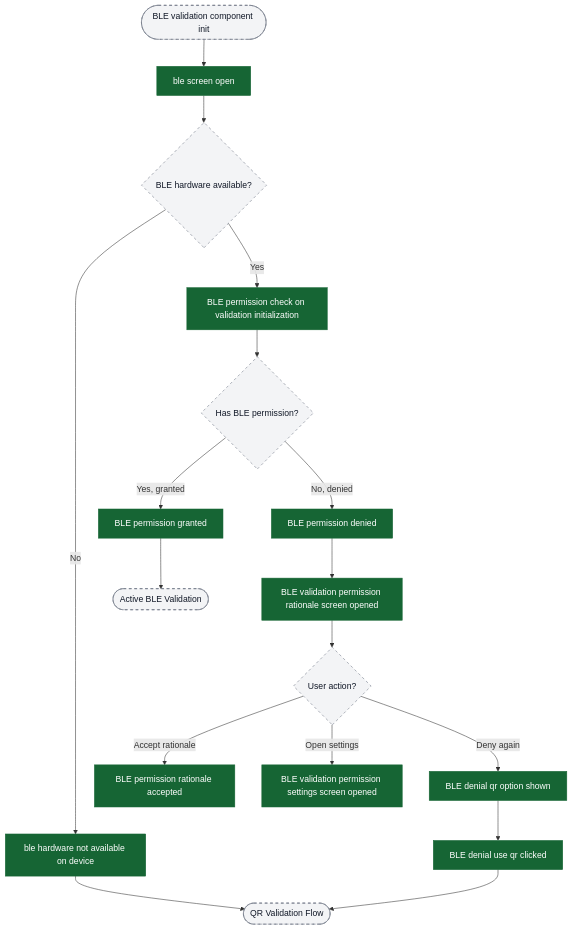
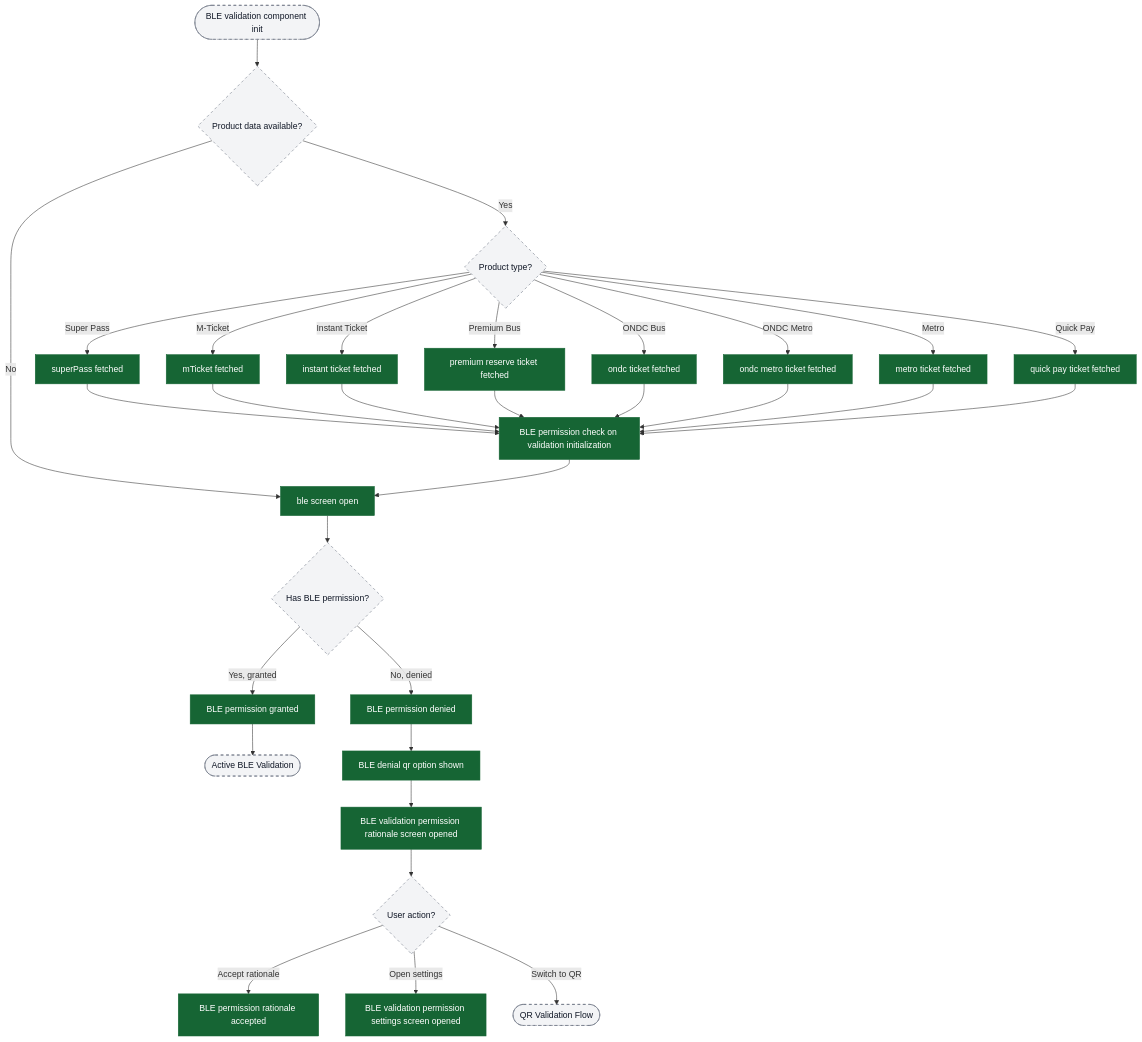
One commit to ratulsarna/chalo-app-dashboard changed the third of 10 diagrams in content/analytics/validation/flow-diagrams.md. Above: the diagram before and after it, drawn with Mermaid. The commit also changed other lines of this file and 1 other file, not shown here.

Commit message:
feat(analytics): remove unused QR screen open event and update flow diagrams for validation processes

````diff
--- a/content/analytics/validation/flow-diagrams.md
+++ b/content/analytics/validation/flow-diagrams.md
@@ -56,31 +65,48 @@
 ```mermaid
 flowchart TD
-  ui_bleInit([BLE validation component init]) --> ev_bleOpen["ble screen open"]
-  ev_bleOpen --> ui_hwCheck{BLE hardware available?}
-  ui_hwCheck -->|No| ev_hwNotAvailable["ble hardware not available on device"]
-  ev_hwNotAvailable --> ui_qrFallback([QR Validation Flow])
-  ui_hwCheck -->|Yes| ev_permCheck["BLE permission check on validation initialization"]
+  %% Note: In code today, product fetch + permission check events are raised before `ble screen open`.
+  %%chalo:diagram-link ui_qrFallback -> title:QR Validation Flow
+  ui_bleInit([BLE validation component init]) --> ui_productData{Product data available?}
 
-  ev_permCheck --> ui_hasPermission{Has BLE permission?}
+  ui_productData -->|Yes| ui_productType{Product type?}
+  ui_productType -->|Super Pass| ev_spFetched["superPass fetched"]
+  ui_productType -->|M-Ticket| ev_mtFetched["mTicket fetched"]
+  ui_productType -->|Instant Ticket| ev_itFetched["instant ticket fetched"]
+  ui_productType -->|Premium Bus| ev_pbFetched["premium reserve ticket fetched"]
+  ui_productType -->|ONDC Bus| ev_ondcFetched["ondc ticket fetched"]
+  ui_productType -->|ONDC Metro| ev_ondcMetroFetched["ondc metro ticket fetched"]
+  ui_productType -->|Metro| ev_metroFetched["metro ticket fetched"]
+  ui_productType -->|Quick Pay| ev_qpFetched["quick pay ticket fetched"]
+
+  ev_spFetched --> ev_permCheck["BLE permission check on validation initialization"]
+  ev_mtFetched --> ev_permCheck
+  ev_itFetched --> ev_permCheck
+  ev_pbFetched --> ev_permCheck
+  ev_ondcFetched --> ev_permCheck
+  ev_ondcMetroFetched --> ev_permCheck
+  ev_metroFetched --> ev_permCheck
+  ev_qpFetched --> ev_permCheck
+
+  ui_productData -->|No| ev_bleOpen["ble screen open"]
+  ev_permCheck --> ev_bleOpen
+  ev_bleOpen --> ui_hasPermission{Has BLE permission?}
 
   ui_hasPermission -->|Yes, granted| ev_granted["BLE permission granted"]
   ev_granted --> ui_bleValidation([Active BLE Validation])
 
   ui_hasPermission -->|No, denied| ev_denied["BLE permission denied"]
-  ev_denied --> ev_rationaleScreen["BLE validation permission rationale screen opened"]
+  ev_denied --> ev_qrOptionShown["BLE denial qr option shown"]
+  ev_qrOptionShown --> ev_rationaleScreen["BLE validation permission rationale screen opened"]
 
   ev_rationaleScreen --> ui_userChoice{User action?}
   ui_userChoice -->|Accept rationale| ev_rationaleAccepted["BLE permission rationale accepted"]
   ui_userChoice -->|Open settings| ev_settingsOpen["BLE validation permission settings screen opened"]
-
-  ui_userChoice -->|Deny again| ev_qrOptionShown["BLE denial qr option shown"]
-  ev_qrOptionShown --> ev_useQrClicked["BLE denial use qr clicked"]
-  ev_useQrClicked --> ui_qrFallback([QR Validation Flow])
+  ui_userChoice -->|Switch to QR| ui_qrFallback([QR Validation Flow])
 
   classDef event fill:#166534,stroke:#166534,color:#ffffff;
   classDef ui fill:#f3f4f6,stroke:#6b7280,stroke-dasharray: 5 5,color:#111827;
   classDef external fill:#ffffff,stroke:#6b7280,stroke-dasharray: 3 3,color:#111827;
 
-  class ev_bleOpen,ev_hwNotAvailable,ev_permCheck,ev_granted,ev_denied,ev_rationaleScreen,ev_rationaleAccepted,ev_settingsOpen,ev_qrOptionShown,ev_useQrClicked event;
-  class ui_bleInit,ui_hwCheck,ui_hasPermission,ui_userChoice,ui_bleValidation,ui_qrFallback ui;
+  class ev_bleOpen,ev_spFetched,ev_mtFetched,ev_itFetched,ev_pbFetched,ev_ondcFetched,ev_ondcMetroFetched,ev_metroFetched,ev_qpFetched,ev_permCheck,ev_granted,ev_denied,ev_rationaleScreen,ev_rationaleAccepted,ev_settingsOpen,ev_qrOptionShown event;
+  class ui_bleInit,ui_productData,ui_productType,ui_hasPermission,ui_userChoice,ui_bleValidation,ui_qrFallback ui;
 ```
````
